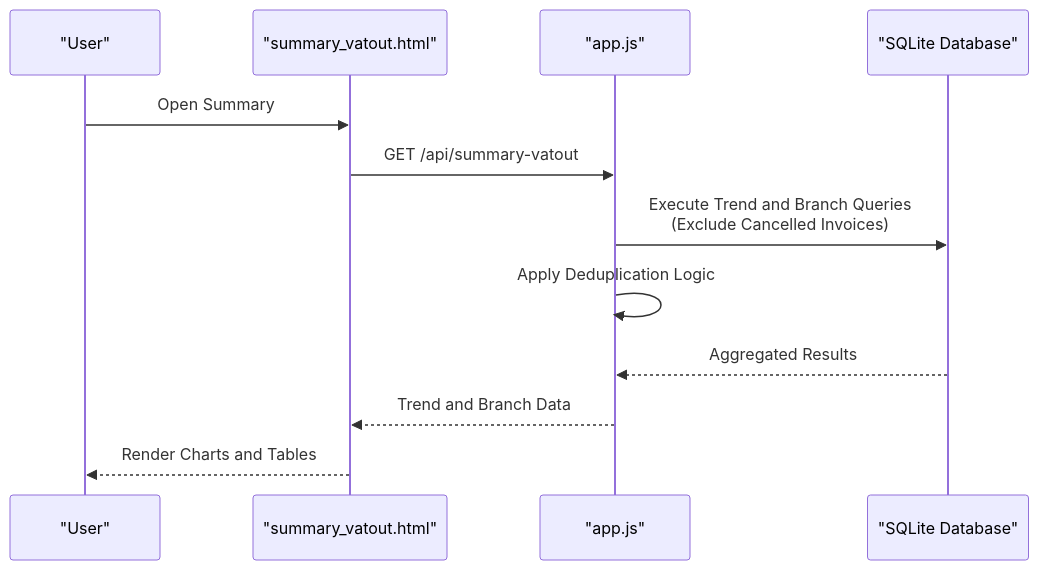
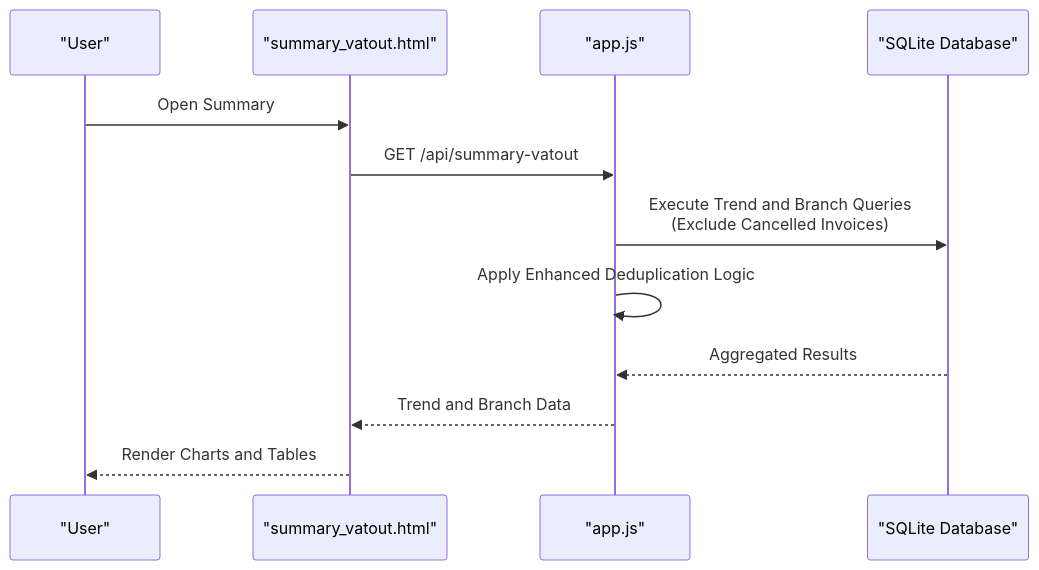
Before and after one commit to rendisiagian/TDS_by_RENDISIAGIAN: diagram 11 of 13 in .qoder/repowiki/en/content/VAT Management System/VAT Output (VAT OUT).md, drawn with Mermaid. The commit also changed other lines of this file and 6 other files, not shown here.

````diff
--- a/.qoder/repowiki/en/content/VAT Management System/VAT Output (VAT OUT).md
+++ b/.qoder/repowiki/en/content/VAT Management System/VAT Output (VAT OUT).md
@@ -467,14 +508,14 @@
 ```mermaid
 sequenceDiagram
 participant User as "User"
 participant UI as "summary_vatout.html"
 participant API as "app.js"
 participant DB as "SQLite Database"
 User->>UI : Open Summary
 UI->>API : GET /api/summary-vatout
 API->>DB : Execute Trend and Branch Queries<br/>(Exclude Cancelled Invoices)
-API->>API : Apply Deduplication Logic
+API->>API : Apply Enhanced Deduplication Logic
 DB-->>API : Aggregated Results
 API-->>UI : Trend and Branch Data
 UI-->>User : Render Charts and Tables
 ```
````
